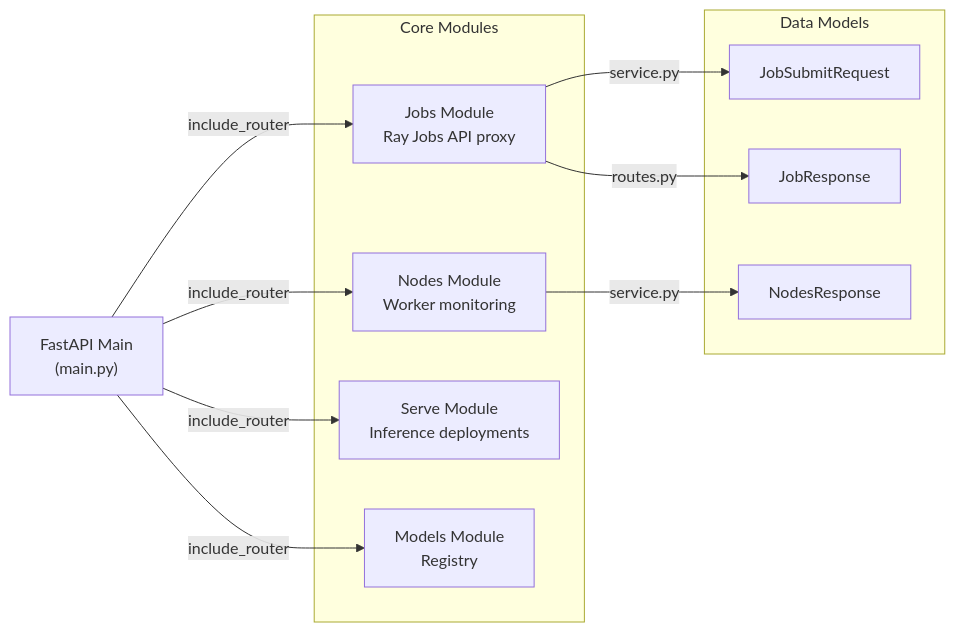
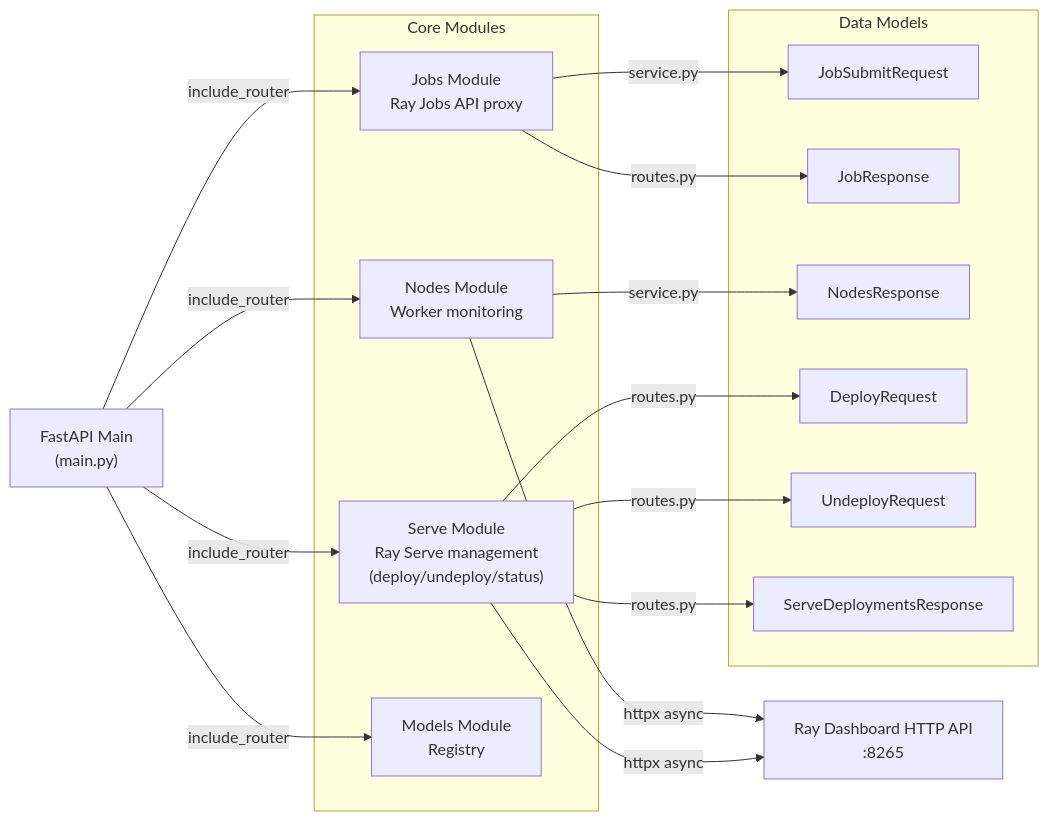
The second of 3 diagrams in DIAGRAM.md (VersoVet/ml-compute), drawn with Mermaid before and after one commit. The commit also changed other lines of this file and 13 other files, not shown here.

````diff
--- a/DIAGRAM.md
+++ b/DIAGRAM.md
@@ -38,26 +39,36 @@
 ```mermaid
 graph LR
     Main["FastAPI Main<br/>(main.py)"]
     
     subgraph Modules["Core Modules"]
         Jobs["Jobs Module<br/>Ray Jobs API proxy"]
         Nodes["Nodes Module<br/>Worker monitoring"]
-        Serve["Serve Module<br/>Inference deployments"]
+        Serve["Serve Module<br/>Ray Serve management<br/>(deploy/undeploy/status)"]
         Models["Models Module<br/>Registry"]
     end
 
     subgraph Models_["Data Models"]
         JobReq["JobSubmitRequest"]
         JobRes["JobResponse"]
         NodesRes["NodesResponse"]
+        DeployReq["DeployRequest"]
+        UndeployReq["UndeployRequest"]
+        ServeRes["ServeDeploymentsResponse"]
     end
+
+    RayDash["Ray Dashboard HTTP API<br/>:8265"]
 
     Main -->|include_router| Jobs
     Main -->|include_router| Nodes
     Main -->|include_router| Serve
     Main -->|include_router| Models
 
     Jobs -->|service.py| JobReq
     Jobs -->|routes.py| JobRes
+    Nodes -->|httpx async| RayDash
     Nodes -->|service.py| NodesRes
+    Serve -->|httpx async| RayDash
+    Serve -->|routes.py| DeployReq
+    Serve -->|routes.py| UndeployReq
+    Serve -->|routes.py| ServeRes
 ```
````
